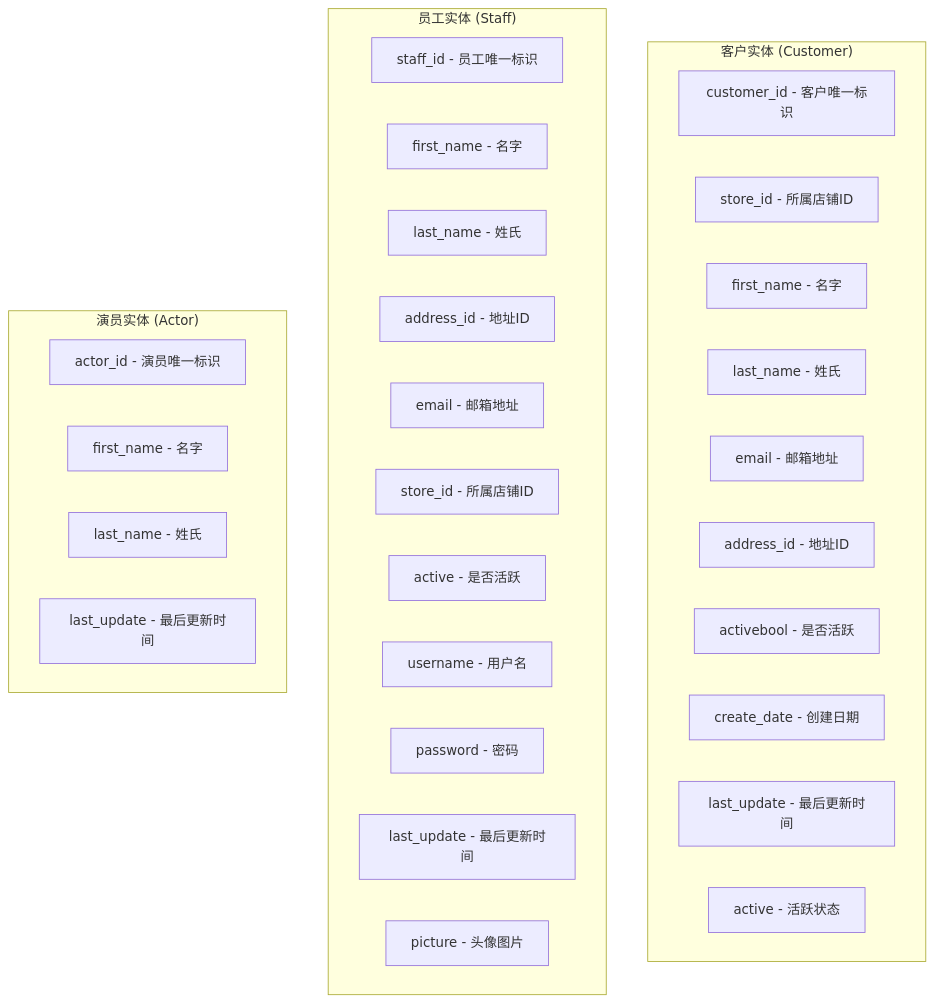
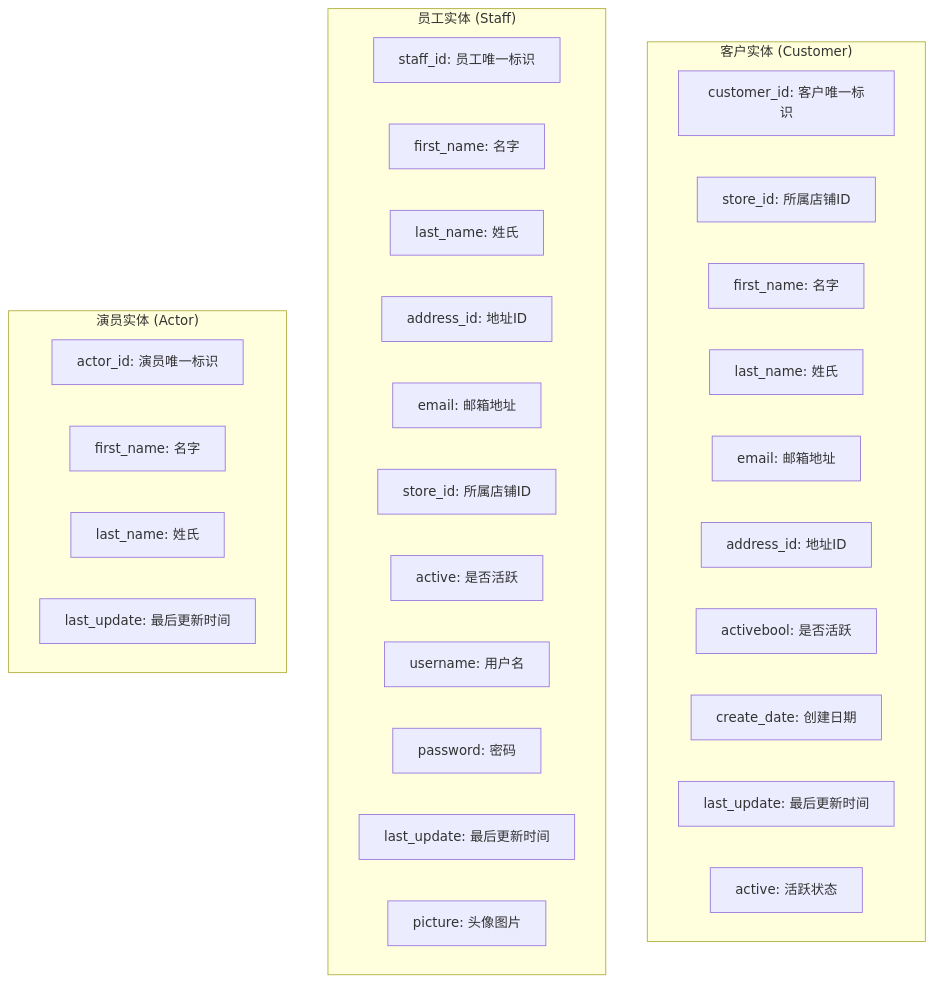
The sixth of 43 diagrams in DVD租赁数据库设计过程.md (mercuryhome/dvdrental-guide), drawn with Mermaid before and after one commit. The commit also changed other lines of this file, not shown here.

````diff
--- a/DVD租赁数据库设计过程.md
+++ b/DVD租赁数据库设计过程.md
@@ -176,36 +176,36 @@
 ```mermaid
 graph TB
     subgraph "客户实体 (Customer)"
-        C1[customer_id - 客户唯一标识]
-        C2[store_id - 所属店铺ID]
-        C3[first_name - 名字]
-        C4[last_name - 姓氏]
-        C5[email - 邮箱地址]
-        C6[address_id - 地址ID]
-        C7[activebool - 是否活跃]
-        C8[create_date - 创建日期]
-        C9[last_update - 最后更新时间]
-        C10[active - 活跃状态]
+        C1["customer_id: 客户唯一标识"]
+        C2["store_id: 所属店铺ID"]
+        C3["first_name: 名字"]
+        C4["last_name: 姓氏"]
+        C5["email: 邮箱地址"]
+        C6["address_id: 地址ID"]
+        C7["activebool: 是否活跃"]
+        C8["create_date: 创建日期"]
+        C9["last_update: 最后更新时间"]
+        C10["active: 活跃状态"]
     end
     
     subgraph "员工实体 (Staff)"
-        S1[staff_id - 员工唯一标识]
-        S2[first_name - 名字]
-        S3[last_name - 姓氏]
-        S4[address_id - 地址ID]
-        S5[email - 邮箱地址]
-        S6[store_id - 所属店铺ID]
-        S7[active - 是否活跃]
-        S8[username - 用户名]
-        S9[password - 密码]
-        S10[last_update - 最后更新时间]
-        S11[picture - 头像图片]
+        S1["staff_id: 员工唯一标识"]
+        S2["first_name: 名字"]
+        S3["last_name: 姓氏"]
+        S4["address_id: 地址ID"]
+        S5["email: 邮箱地址"]
+        S6["store_id: 所属店铺ID"]
+        S7["active: 是否活跃"]
+        S8["username: 用户名"]
+        S9["password: 密码"]
+        S10["last_update: 最后更新时间"]
+        S11["picture: 头像图片"]
     end
     
     subgraph "演员实体 (Actor)"
-        A1[actor_id - 演员唯一标识]
-        A2[first_name - 名字]
-        A3[last_name - 姓氏]
-        A4[last_update - 最后更新时间]
+        A1["actor_id: 演员唯一标识"]
+        A2["first_name: 名字"]
+        A3["last_name: 姓氏"]
+        A4["last_update: 最后更新时间"]
     end
 ```
````
